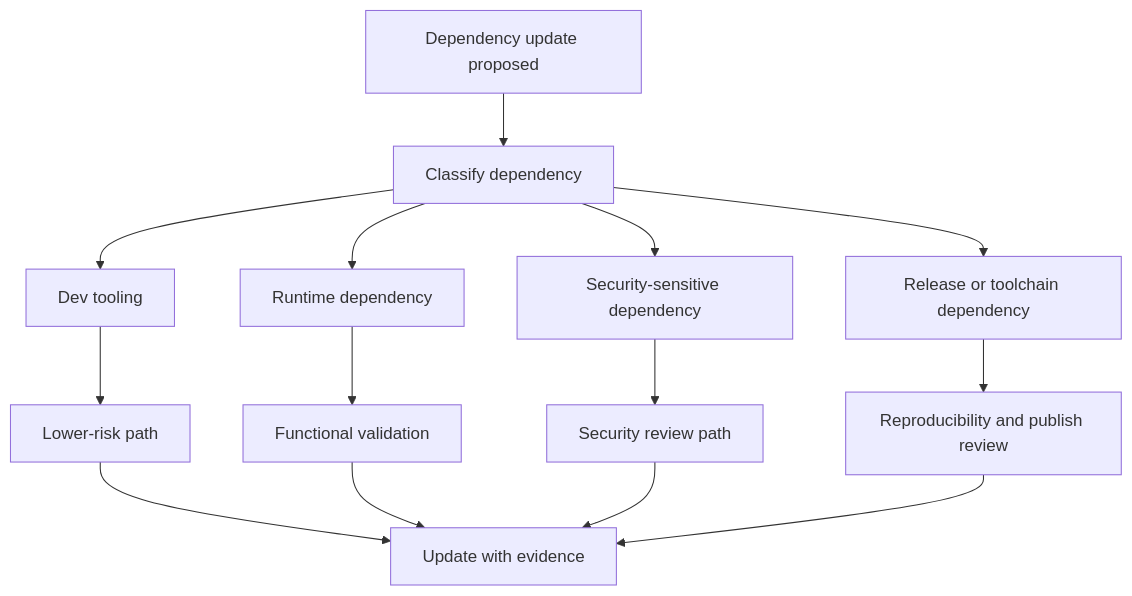
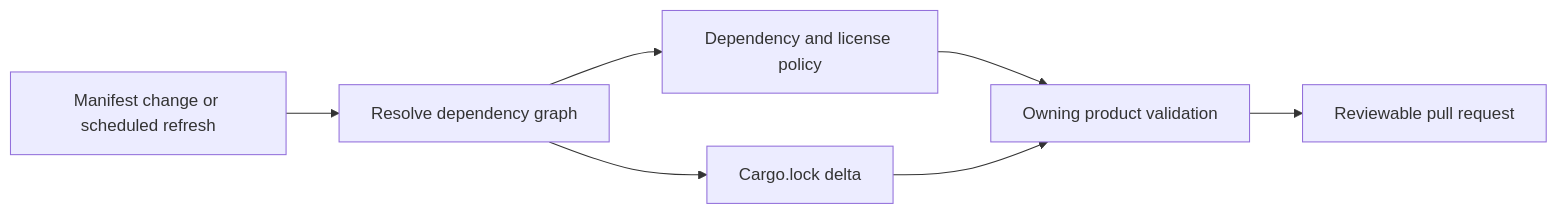
One commit to bijux/bijux-atlas changed the diagram in docs/bijux-atlas-dev/delivery/dependency-updates.md. Above: the diagram before and after it, drawn with Mermaid. The commit also changed other lines of this file and 2 other files, not shown here.

Commit message:
docs(delivery): distinguish merge policy from workflow evidence

````diff
--- a/docs/bijux-atlas-dev/delivery/dependency-updates.md
+++ b/docs/bijux-atlas-dev/delivery/dependency-updates.md
@@ -17,18 +17,9 @@
 ```mermaid
-flowchart TD
-    Proposed[Dependency update proposed] --> Classify[Classify dependency]
-    Classify --> Dev[Dev tooling]
-    Classify --> Runtime[Runtime dependency]
-    Classify --> Security[Security-sensitive dependency]
-    Classify --> Release[Release or toolchain dependency]
-
-    Dev --> Lower[Lower-risk path]
-    Runtime --> Functional[Functional validation]
-    Security --> Review[Security review path]
-    Release --> Repro[Reproducibility and publish review]
-
-    Lower --> Evidence[Update with evidence]
-    Functional --> Evidence
-    Review --> Evidence
-    Repro --> Evidence
+flowchart LR
+    Trigger[Manifest change or scheduled refresh] --> Resolve[Resolve dependency graph]
+    Resolve --> Review[Dependency and license policy]
+    Resolve --> Lock[Cargo.lock delta]
+    Review --> Product[Owning product validation]
+    Lock --> Product
+    Product --> PR[Reviewable pull request]
 ```
````
